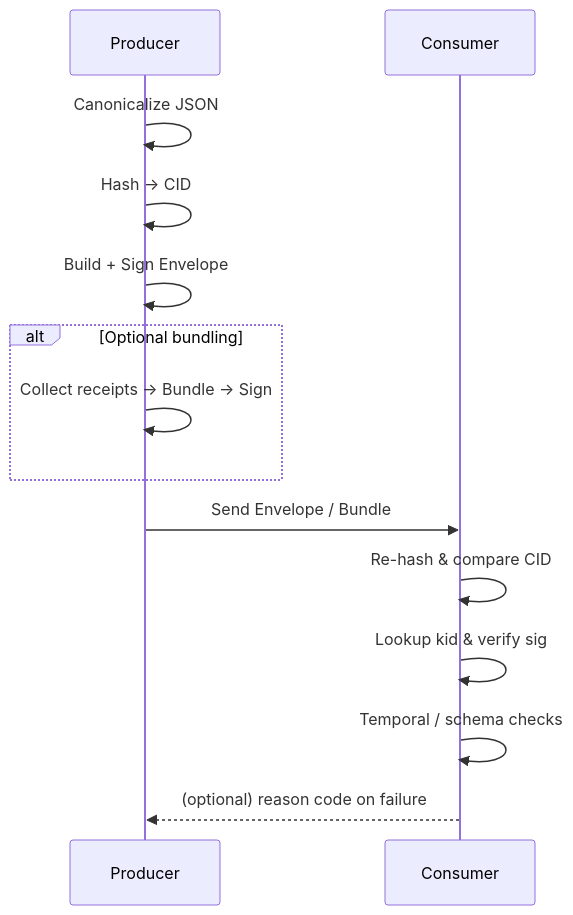
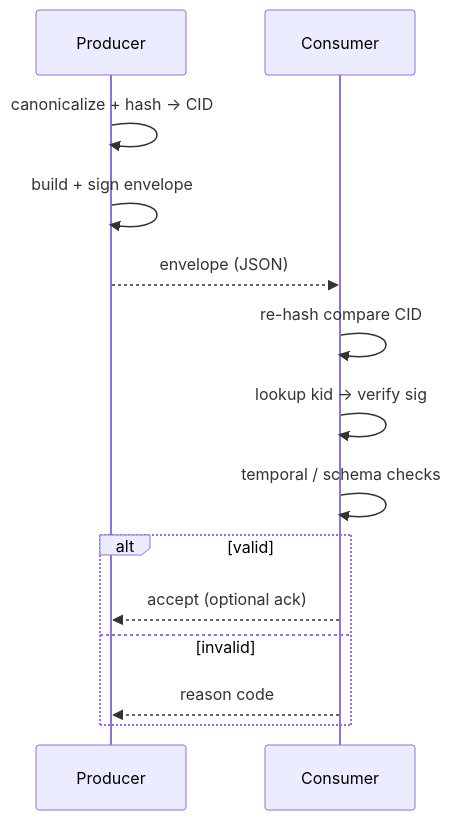
Before and after one commit to Maverick0351a/Open-Proof-Envelope: the fourth of 4 diagrams in README.md, drawn with Mermaid. The commit also changed other lines of this file, not shown here.

Commit message:
docs: professional multi-view architecture diagrams (flow, state, data model, sequence)

````diff
--- a/README.md
+++ b/README.md
@@ -79,16 +135,16 @@
 ```mermaid
 sequenceDiagram
-    participant Prod as Producer
-    participant Cons as Consumer
-    Prod->>Prod: Canonicalize JSON
-    Prod->>Prod: Hash → CID
-    Prod->>Prod: Build + Sign Envelope
-    alt Optional bundling
-        Prod->>Prod: Collect receipts → Bundle → Sign
+    participant P as Producer
+    participant C as Consumer
+    P->>P: canonicalize + hash → CID
+    P->>P: build + sign envelope
+    P-->>C: envelope (JSON)
+    C->>C: re-hash compare CID
+    C->>C: lookup kid → verify sig
+    C->>C: temporal / schema checks
+    alt valid
+        C-->>P: accept (optional ack)
+    else invalid
+        C-->>P: reason code
     end
-    Prod->>Cons: Send Envelope / Bundle
-    Cons->>Cons: Re-hash & compare CID
-    Cons->>Cons: Lookup kid & verify sig
-    Cons->>Cons: Temporal / schema checks
-    Cons-->>Prod: (optional) reason code on failure
 ```
````
